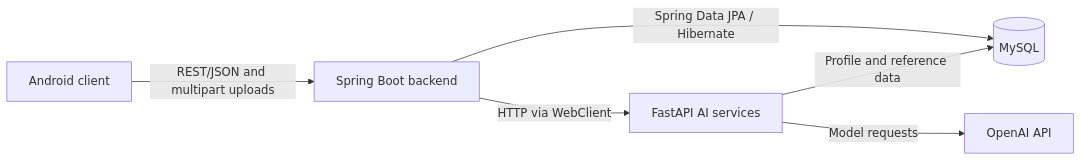
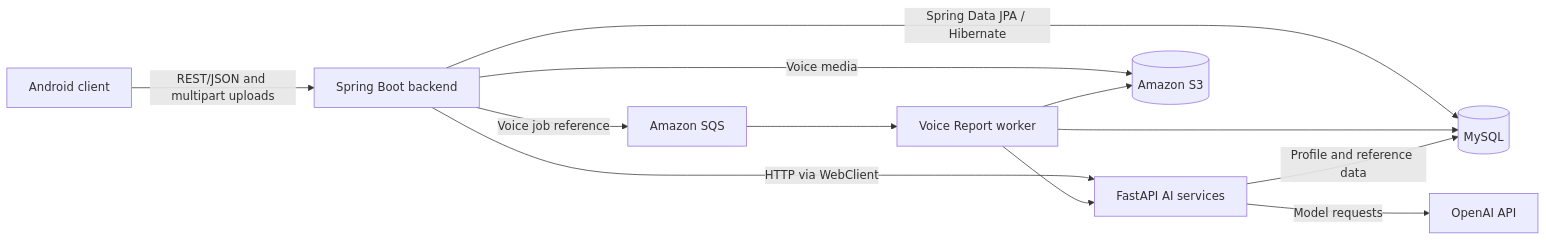
Before and after one commit to Juhyuns0n/ION-extended: the diagram in README.md, drawn with Mermaid. The commit also changed other lines of this file and 59 other files, not shown here.

Commit message:
Add asynchronous Voice Report processing pipeline

````diff
--- a/README.md
+++ b/README.md
@@ -41,8 +41,14 @@
 ```mermaid
 flowchart LR
     Android[Android client] -->|REST/JSON and multipart uploads| Backend[Spring Boot backend]
     Backend -->|Spring Data JPA / Hibernate| MySQL[(MySQL)]
     Backend -->|HTTP via WebClient| AI[FastAPI AI services]
+    Backend -->|Voice media| S3[(Amazon S3)]
+    Backend -->|Voice job reference| SQS[Amazon SQS]
+    SQS --> Worker[Voice Report worker]
+    Worker --> S3
+    Worker --> AI
+    Worker --> MySQL
     AI -->|Profile and reference data| MySQL
     AI -->|Model requests| OpenAI[OpenAI API]
 ```
````
